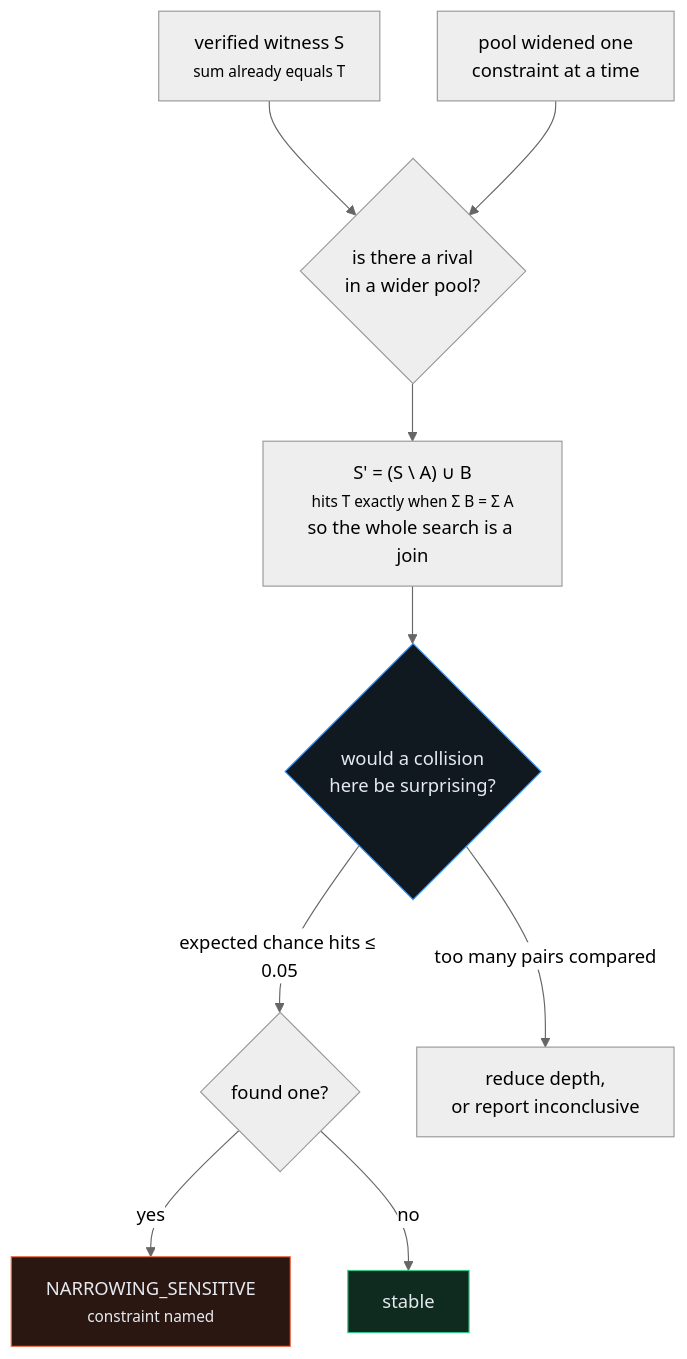
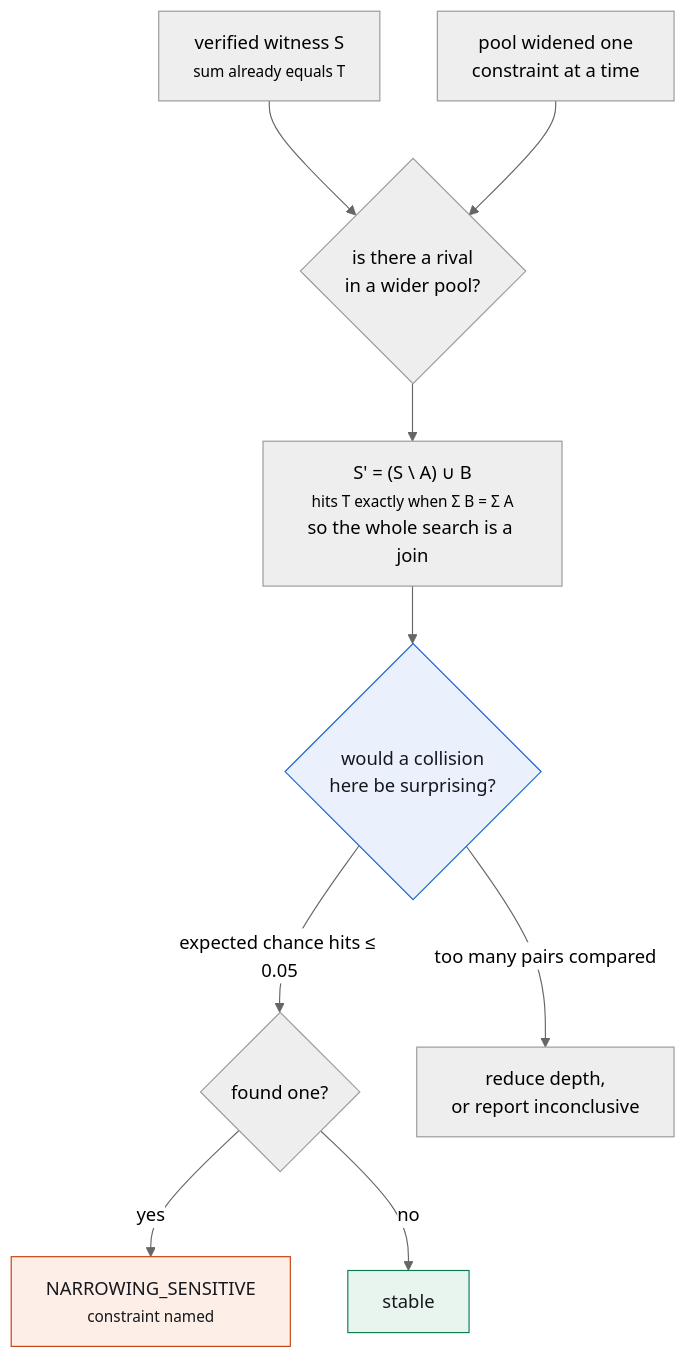
Before and after one commit to Rishi0507/Manhattan: the fifth of 6 diagrams in README.md, drawn with Mermaid (neutral theme). The commit also changed other lines of this file and 13 other files, not shown here.

````diff
--- a/README.md
+++ b/README.md
@@ -308,14 +373,14 @@
 ```mermaid
 flowchart TB
     W["verified witness S<br/><small>sum already equals T</small>"] --> Q{"is there a rival<br/>in a wider pool?"}
     P["pool widened one<br/>constraint at a time"] --> Q
     Q --> J["S' = (S \ A) ∪ B<br/><small>hits T exactly when Σ B = Σ A</small><br/>so the whole search is a join"]
     J --> FP{"would a collision<br/>here be surprising?"}
     FP -->|"expected chance hits ≤ 0.05"| DEC{"found one?"}
     FP -->|"too many pairs compared"| INC["reduce depth,<br/>or report inconclusive"]
     DEC -->|yes| NS["NARROWING_SENSITIVE<br/><small>constraint named</small>"]
     DEC -->|no| OK["stable"]
-    style NS fill:#2a1712,stroke:#f0714f,color:#e6eaf0
-    style OK fill:#0f2a1e,stroke:#35c88a,color:#e6eaf0
-    style FP fill:#101820,stroke:#3395ff,color:#e6eaf0
+    style NS fill:#fdeee7,stroke:#c2410c,color:#16181d
+    style OK fill:#e7f5ee,stroke:#0a7d4e,color:#16181d
+    style FP fill:#eaf1fd,stroke:#1461cc,color:#16181d
 ```
````
